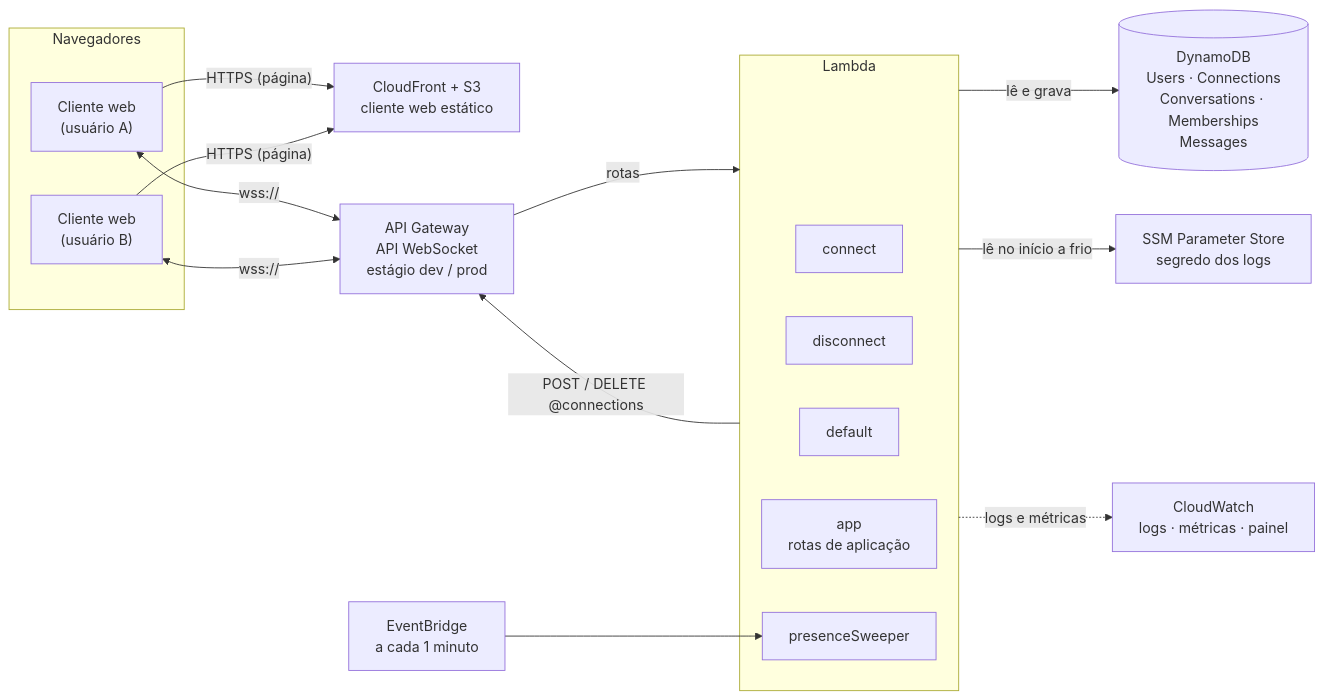
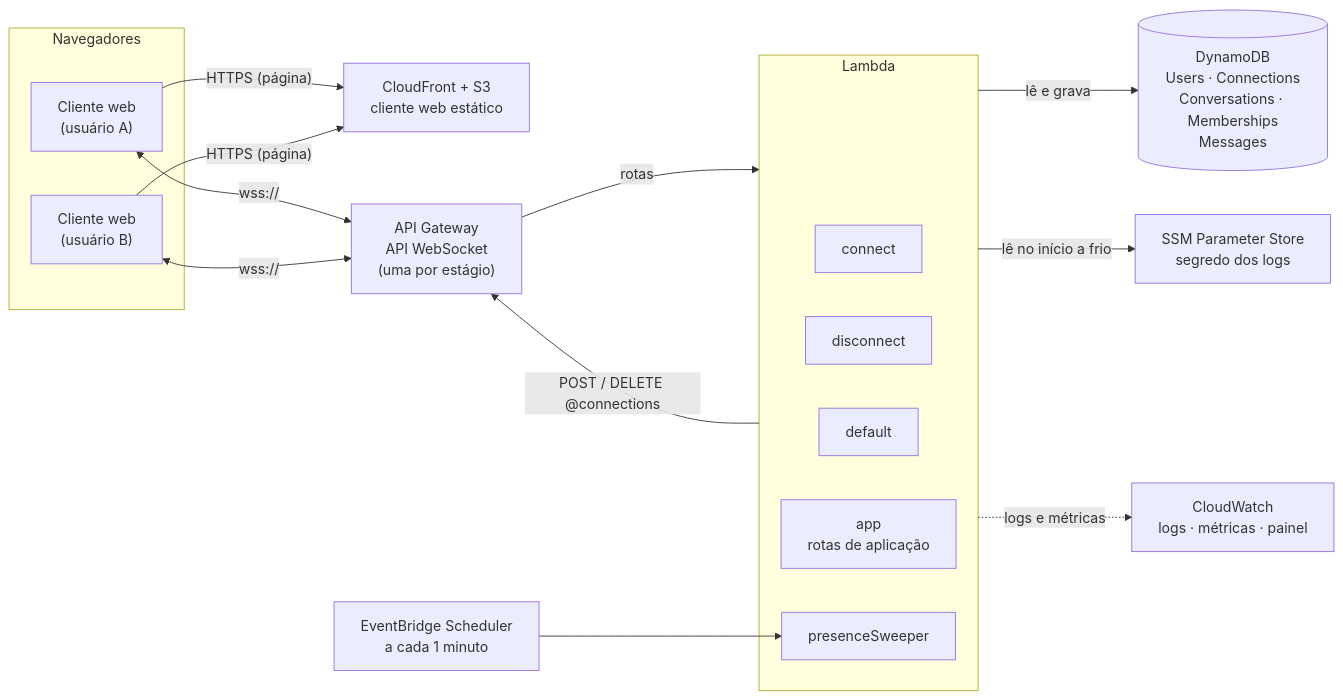
One commit to felipdsa21/hub-websocket-sd changed the first of 2 diagrams in docs/arquitetura.md. Above: the diagram before and after it, drawn with Mermaid. The commit also changed other lines of this file, not shown here.

````diff
--- a/docs/arquitetura.md
+++ b/docs/arquitetura.md
@@ -15,32 +15,32 @@
 ```mermaid
 flowchart LR
     subgraph Navegadores
         A["Cliente web<br/>(usuário A)"]
         B["Cliente web<br/>(usuário B)"]
     end
 
     CDN["CloudFront + S3<br/>cliente web estático"]
-    GW["API Gateway<br/>API WebSocket<br/>estágio dev / prod"]
+    GW["API Gateway<br/>API WebSocket<br/>(uma por estágio)"]
 
     subgraph Lambda
         LC["connect"]
         LD["disconnect"]
         LF["default"]
         LA["app<br/>rotas de aplicação"]
         LS["presenceSweeper"]
     end
 
     DB[("DynamoDB<br/>Users · Connections<br/>Conversations · Memberships<br/>Messages")]
-    EB["EventBridge<br/>a cada 1 minuto"]
+    EB["EventBridge Scheduler<br/>a cada 1 minuto"]
     CW["CloudWatch<br/>logs · métricas · painel"]
     SSM["SSM Parameter Store<br/>segredo dos logs"]
 
     A & B -->|"HTTPS (página)"| CDN
     A & B <-->|"wss://"| GW
     GW -->|"rotas"| Lambda
     Lambda -->|"POST / DELETE @connections"| GW
     EB --> LS
     Lambda -->|"lê e grava"| DB
     Lambda -->|"lê no início a frio"| SSM
     Lambda -.->|"logs e métricas"| CW
 ```
````
